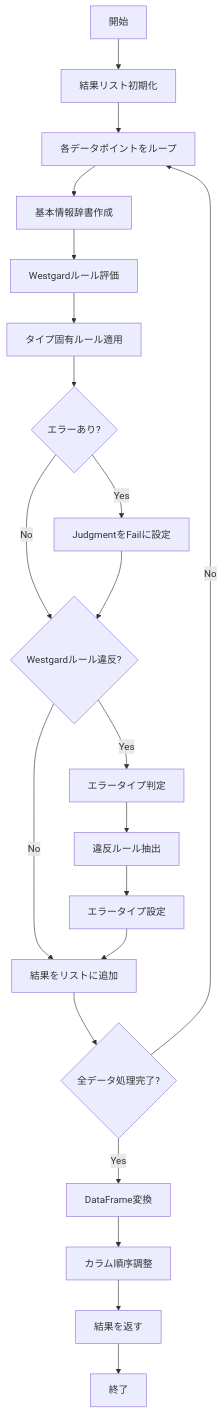
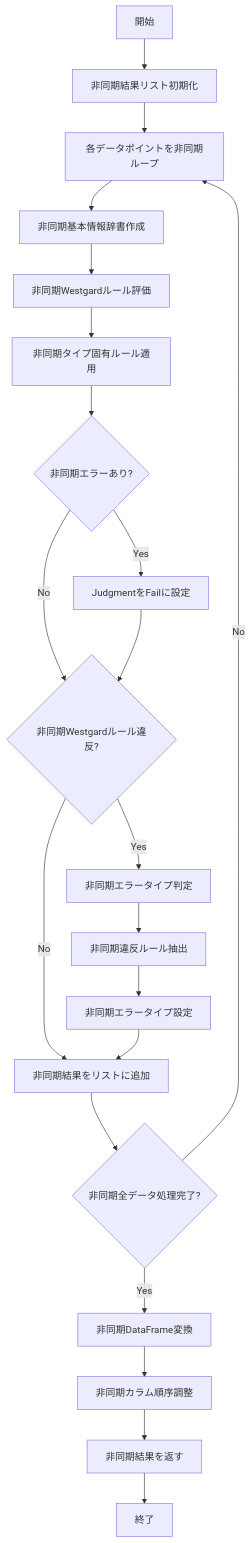
The fifth of 7 diagrams in docs/仕様書_Westgard_rule.md (takashi-oi/qc_ariken_tpkyo), drawn with Mermaid before and after one commit. The commit also changed other lines of this file and 28 other files, not shown here.

````diff
--- a/docs/仕様書_Westgard_rule.md
+++ b/docs/仕様書_Westgard_rule.md
@@ -178,23 +190,23 @@
 ```mermaid
 flowchart TD
-    A[開始] --> B[結果リスト初期化]
-    B --> C[各データポイントをループ]
-    C --> D[基本情報辞書作成]
-    D --> E[Westgardルール評価]
-    E --> F[タイプ固有ルール適用]
-    F --> G{エラーあり?}
+    A[開始] --> B[非同期結果リスト初期化]
+    B --> C[各データポイントを非同期ループ]
+    C --> D[非同期基本情報辞書作成]
+    D --> E[非同期Westgardルール評価]
+    E --> F[非同期タイプ固有ルール適用]
+    F --> G{非同期エラーあり?}
     G -->|Yes| H[JudgmentをFailに設定]
-    G -->|No| I{Westgardルール違反?}
+    G -->|No| I{非同期Westgardルール違反?}
     H --> I
-    I -->|Yes| J[エラータイプ判定]
-    I -->|No| K[結果をリストに追加]
-    J --> L[違反ルール抽出]
-    L --> M[エラータイプ設定]
+    I -->|Yes| J[非同期エラータイプ判定]
+    I -->|No| K[非同期結果をリストに追加]
+    J --> L[非同期違反ルール抽出]
+    L --> M[非同期エラータイプ設定]
     M --> K
-    K --> N{全データ処理完了?}
+    K --> N{非同期全データ処理完了?}
     N -->|No| C
-    N -->|Yes| O[DataFrame変換]
-    O --> P[カラム順序調整]
-    P --> Q[結果を返す]
+    N -->|Yes| O[非同期DataFrame変換]
+    O --> P[非同期カラム順序調整]
+    P --> Q[非同期結果を返す]
     Q --> R[終了]
 ```
````
